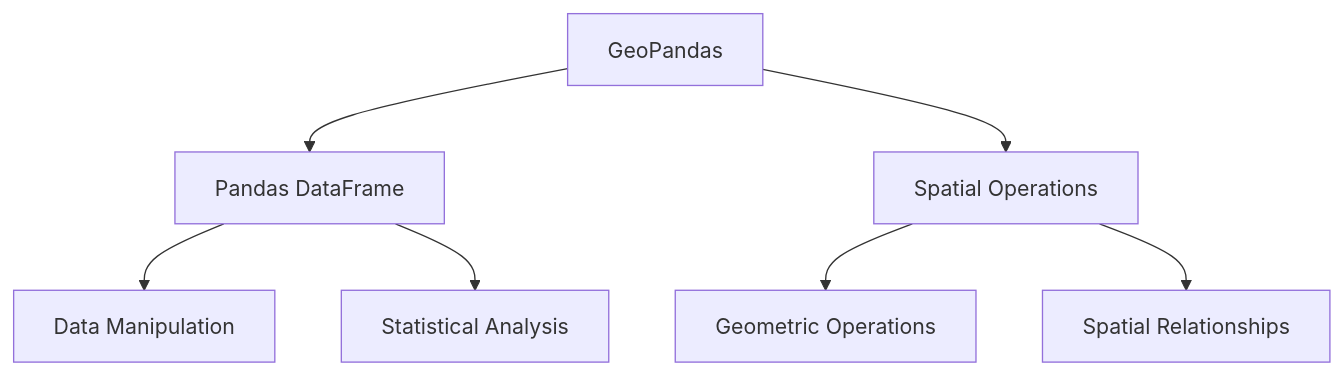
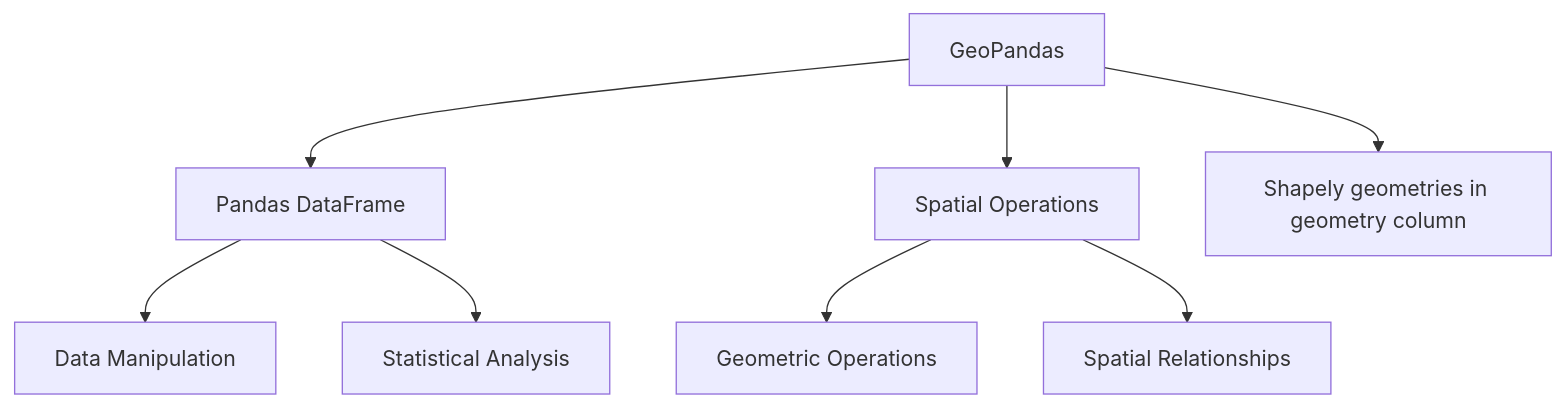
Before and after one commit to Rotten-Grapes-Pvt-Ltd/Geopython-101: the second of 4 diagrams in docs/03_vector_analysis.md, drawn with Mermaid. The commit also changed other lines of this file and 11 other files, not shown here.

````diff
--- a/docs/03_vector_analysis.md
+++ b/docs/03_vector_analysis.md
@@ -19,9 +516,10 @@
 ```mermaid
 graph TD
     A[GeoPandas] --> B[Pandas DataFrame]
     A --> C[Spatial Operations]
+    A --> S[Shapely geometries in geometry column]
     B --> D[Data Manipulation]
     B --> E[Statistical Analysis]
     C --> F[Geometric Operations]
     C --> G[Spatial Relationships]
 ```
````
